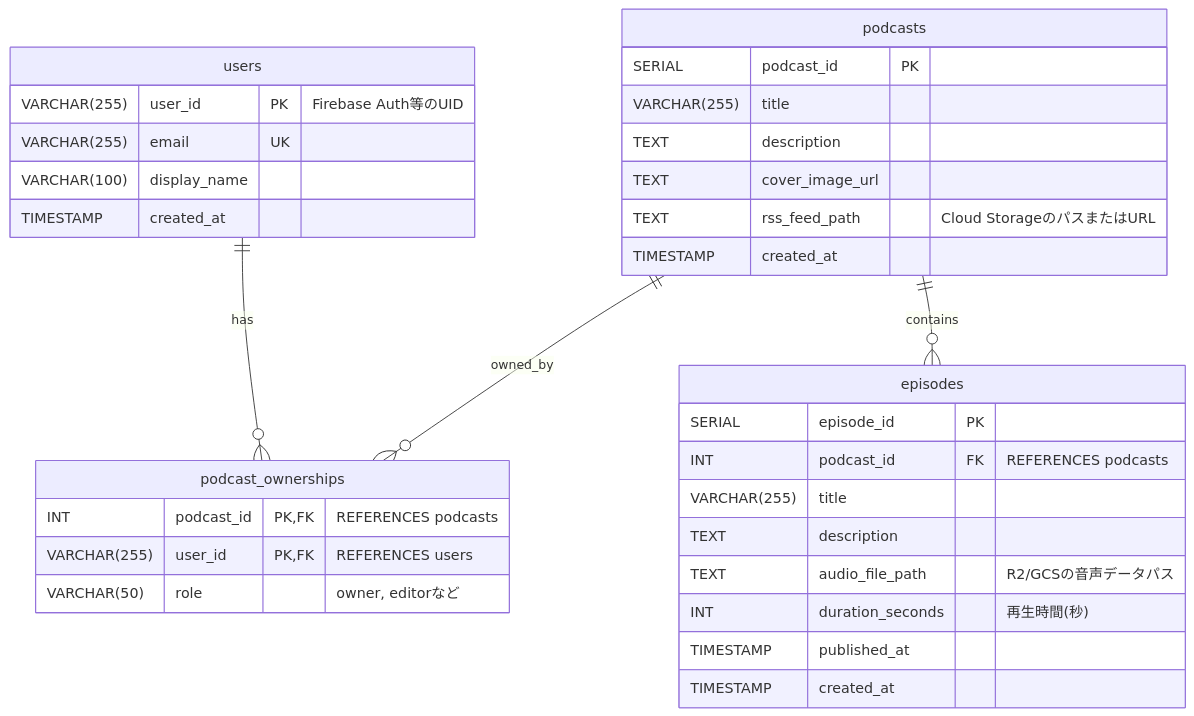
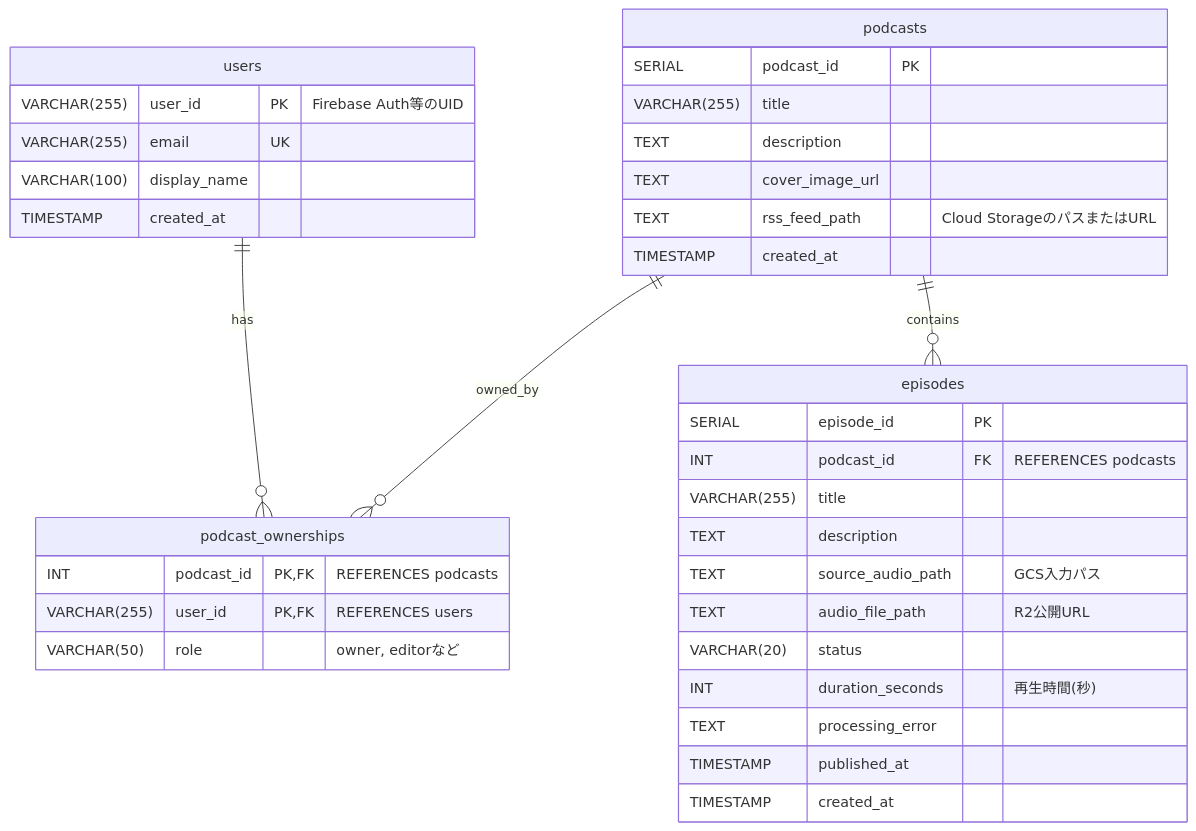
The diagram in docs/schemas/episode-firestore-schema-spec.md (sunaba-log/sparkcast), drawn with Mermaid before and after one commit. The commit also changed other lines of this file and 44 other files, not shown here.

````diff
--- a/docs/schemas/episode-firestore-schema-spec.md
+++ b/docs/schemas/episode-firestore-schema-spec.md
@@ -15,39 +15,42 @@
 ```mermaid
 erDiagram
     users ||--o{ podcast_ownerships : "has"
     podcasts ||--o{ podcast_ownerships : "owned_by"
     podcasts ||--o{ episodes : "contains"
 
     users {
         VARCHAR(255) user_id PK "Firebase Auth等のUID"
         VARCHAR(255) email UK
         VARCHAR(100) display_name
         TIMESTAMP created_at
     }
 
     podcasts {
         SERIAL podcast_id PK
         VARCHAR(255) title
         TEXT description
         TEXT cover_image_url
         TEXT rss_feed_path "Cloud StorageのパスまたはURL"
         TIMESTAMP created_at
     }
 
     podcast_ownerships {
         INT podcast_id PK,FK "REFERENCES podcasts"
         VARCHAR(255) user_id PK,FK "REFERENCES users"
         VARCHAR(50) role "owner, editorなど"
     }
 
     episodes {
         SERIAL episode_id PK
         INT podcast_id FK "REFERENCES podcasts"
         VARCHAR(255) title
         TEXT description
-        TEXT audio_file_path "R2/GCSの音声データパス"
+        TEXT source_audio_path "GCS入力パス"
+        TEXT audio_file_path "R2公開URL"
+        VARCHAR(20) status
         INT duration_seconds "再生時間(秒)"
+        TEXT processing_error
         TIMESTAMP published_at
         TIMESTAMP created_at
     }
 ```
````
